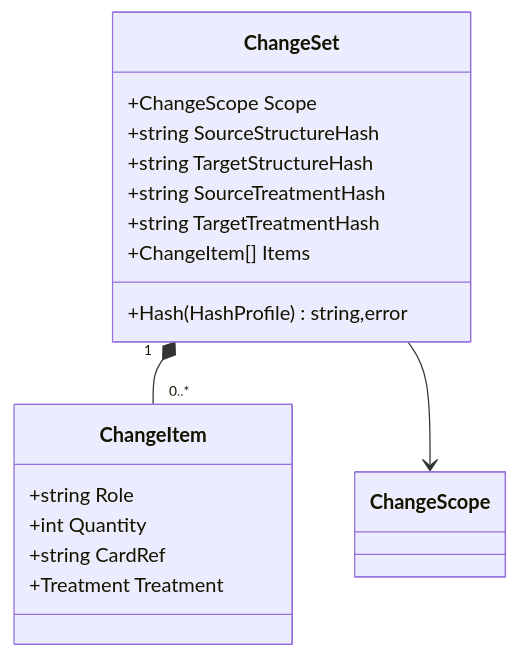
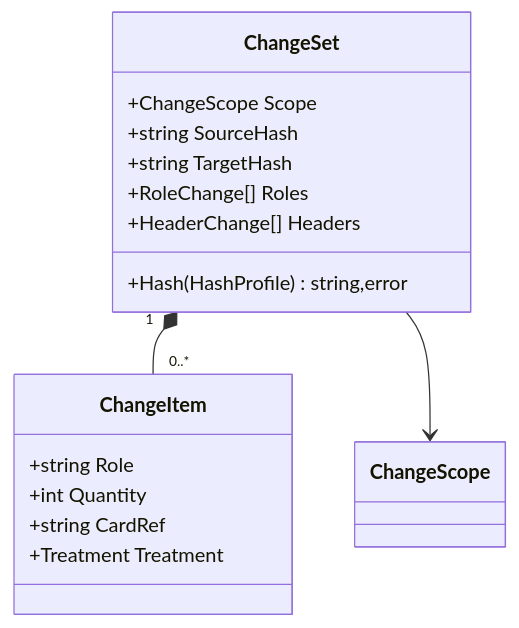
One commit to dan-lugg/cardhash changed the ninth of 13 diagrams in implementation/golang/20261118_01_reference-implementation-guide.md. Above: the diagram before and after it, drawn with Mermaid. The commit also changed other lines of this file and 21 other files, not shown here.

````diff
--- a/implementation/golang/20261118_01_reference-implementation-guide.md
+++ b/implementation/golang/20261118_01_reference-implementation-guide.md
@@ -284,20 +282,19 @@
 ```mermaid
 classDiagram
     class ChangeSet {
         +ChangeScope Scope
-        +string SourceStructureHash
-        +string TargetStructureHash
-        +string SourceTreatmentHash
-        +string TargetTreatmentHash
-        +ChangeItem[] Items
+        +string SourceHash
+        +string TargetHash
+        +RoleChange[] Roles
+        +HeaderChange[] Headers
         +Hash(HashProfile) string,error
     }
     class ChangeItem {
         +string Role
         +int Quantity
         +string CardRef
         +Treatment Treatment
     }
     ChangeSet "1" *-- "0..*" ChangeItem
     ChangeSet --> ChangeScope
 ```
````
